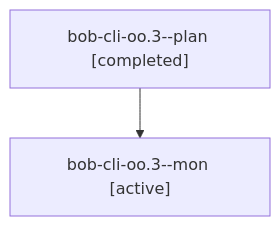
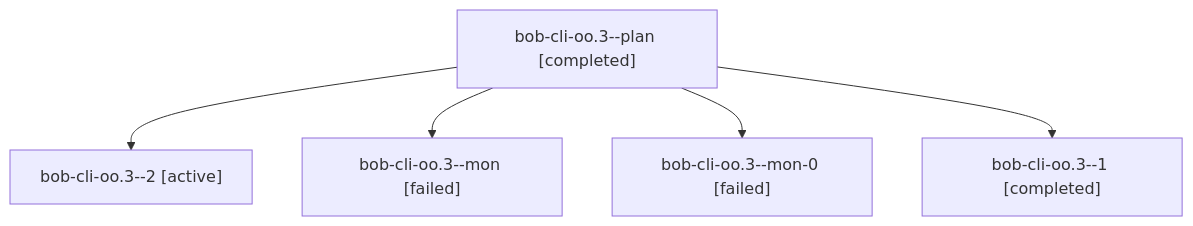
One commit to bobs-org/bob-cli--agents changed the diagram in sessions/bbugyi200.apollo.bob-cli-oo.3.md. Above: the diagram before and after it, drawn with Mermaid. The commit also changed other lines of this file and 35 other files, not shown here.

````diff
--- a/sessions/bbugyi200.apollo.bob-cli-oo.3.md
+++ b/sessions/bbugyi200.apollo.bob-cli-oo.3.md
@@ -9,6 +9,12 @@
 ```mermaid
 flowchart TD
   n0["bob-cli-oo.3--plan [completed]"]
-  n1["bob-cli-oo.3--mon [active]"]
+  n1["bob-cli-oo.3--2 [active]"]
   n0 --> n1
+  n2["bob-cli-oo.3--mon [failed]"]
+  n0 --> n2
+  n3["bob-cli-oo.3--mon-0 [failed]"]
+  n0 --> n3
+  n4["bob-cli-oo.3--1 [completed]"]
+  n0 --> n4
 ```
````
